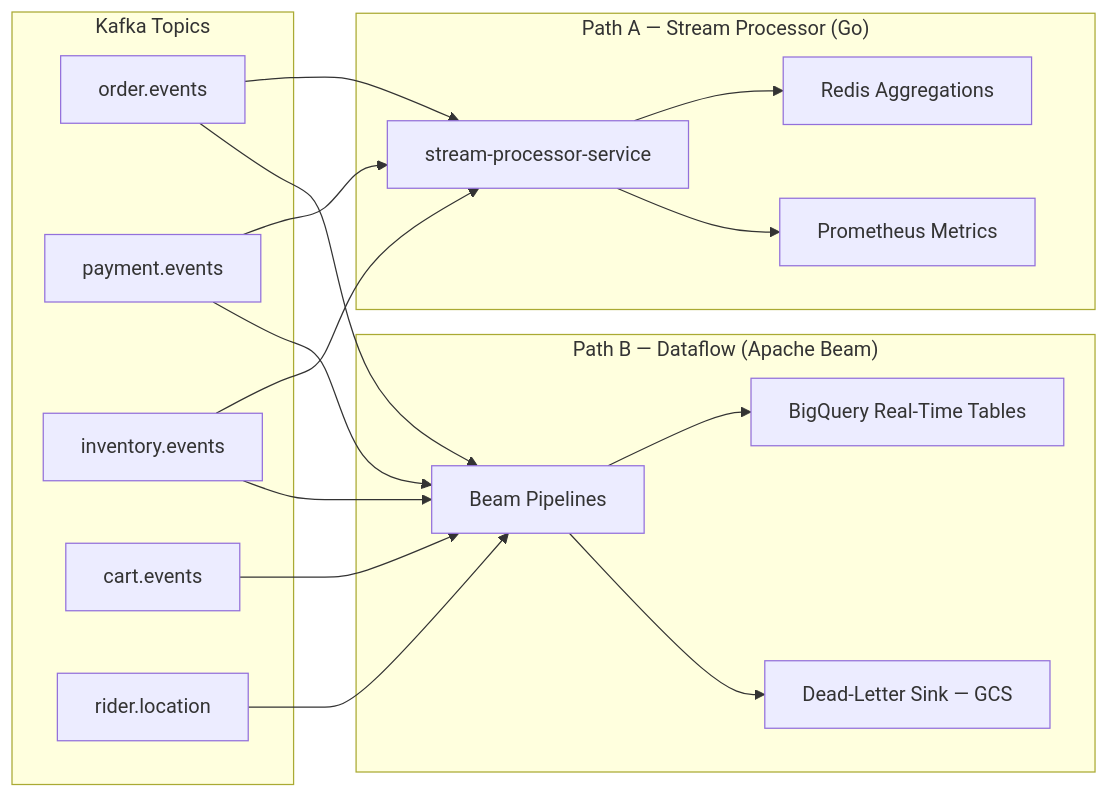
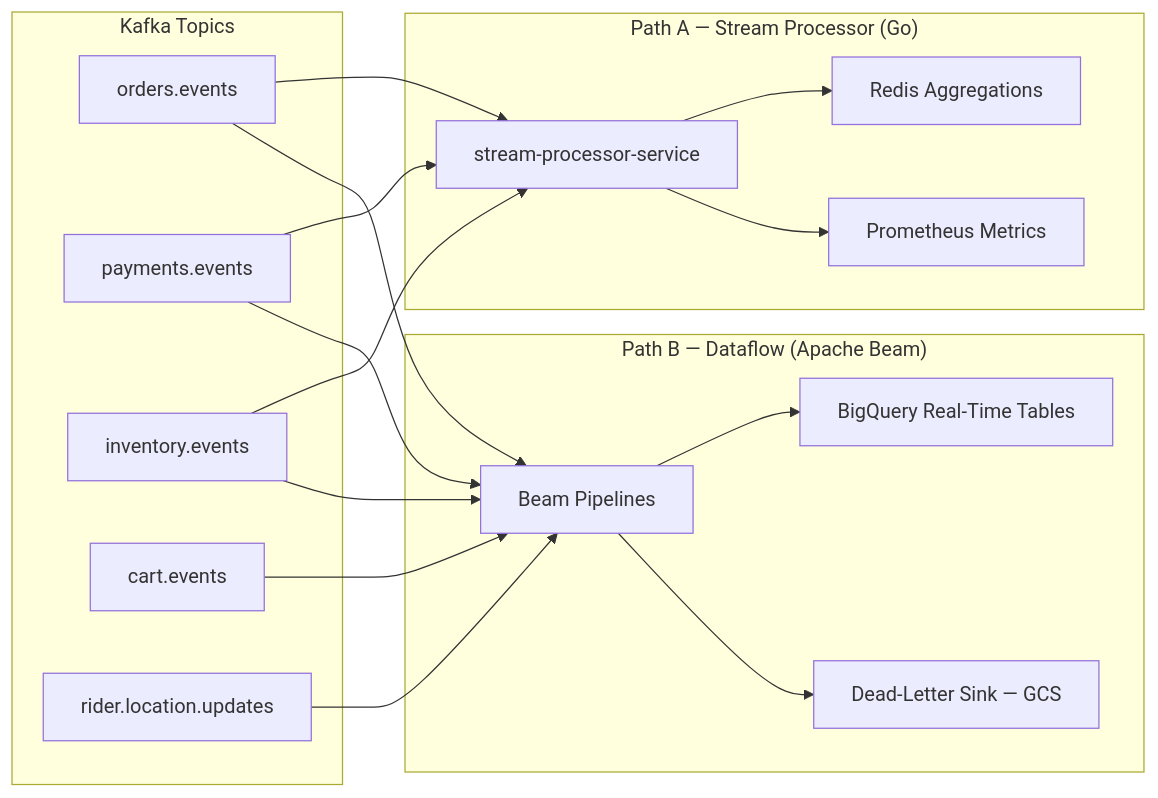
One commit to sunitakeazycommerz-a11y/InstaCommerce changed the fourth of 9 diagrams in docs/architecture/DATA-FLOW.md. Above: the diagram before and after it, drawn with Mermaid. The commit also changed other lines of this file and 124 other files, not shown here.

Commit message:
docs: synchronize root, architecture, ADR, service, and archive docs with codebase truth

````diff
--- a/docs/architecture/DATA-FLOW.md
+++ b/docs/architecture/DATA-FLOW.md
@@ -355,37 +355,37 @@
 ```mermaid
 graph LR
     subgraph "Kafka Topics"
-        OE[order.events]
-        PE[payment.events]
+        OE[orders.events]
+        PE[payments.events]
         INE[inventory.events]
         CE2[cart.events]
-        RL[rider.location]
+        RL[rider.location.updates]
     end
 
     subgraph "Path A — Stream Processor (Go)"
         SP[stream-processor-service]
         RED[Redis Aggregations]
         PROM[Prometheus Metrics]
     end
 
     subgraph "Path B — Dataflow (Apache Beam)"
         DF[Beam Pipelines]
         BQ[BigQuery Real-Time Tables]
         DL[Dead-Letter Sink — GCS]
     end
 
     OE --> SP
     PE --> SP
     INE --> SP
     OE --> DF
     PE --> DF
     INE --> DF
     CE2 --> DF
     RL --> DF
 
     SP --> RED
     SP --> PROM
 
     DF --> BQ
     DF --> DL
 ```
````
